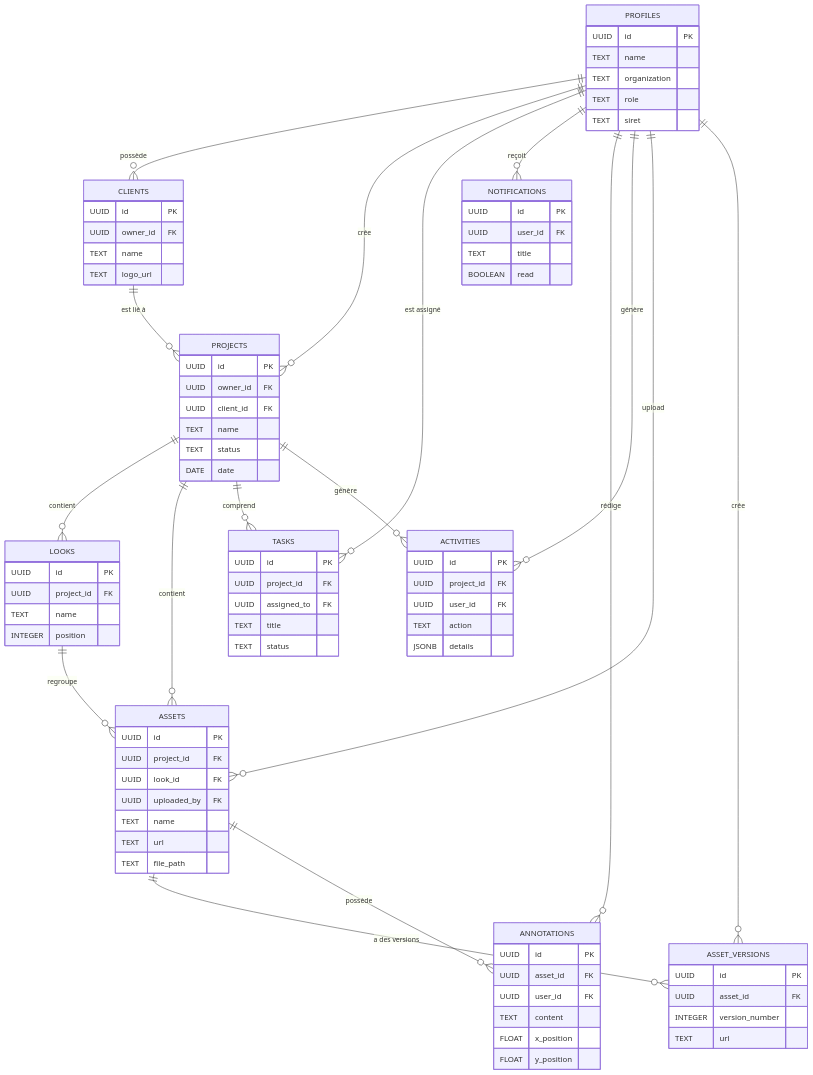
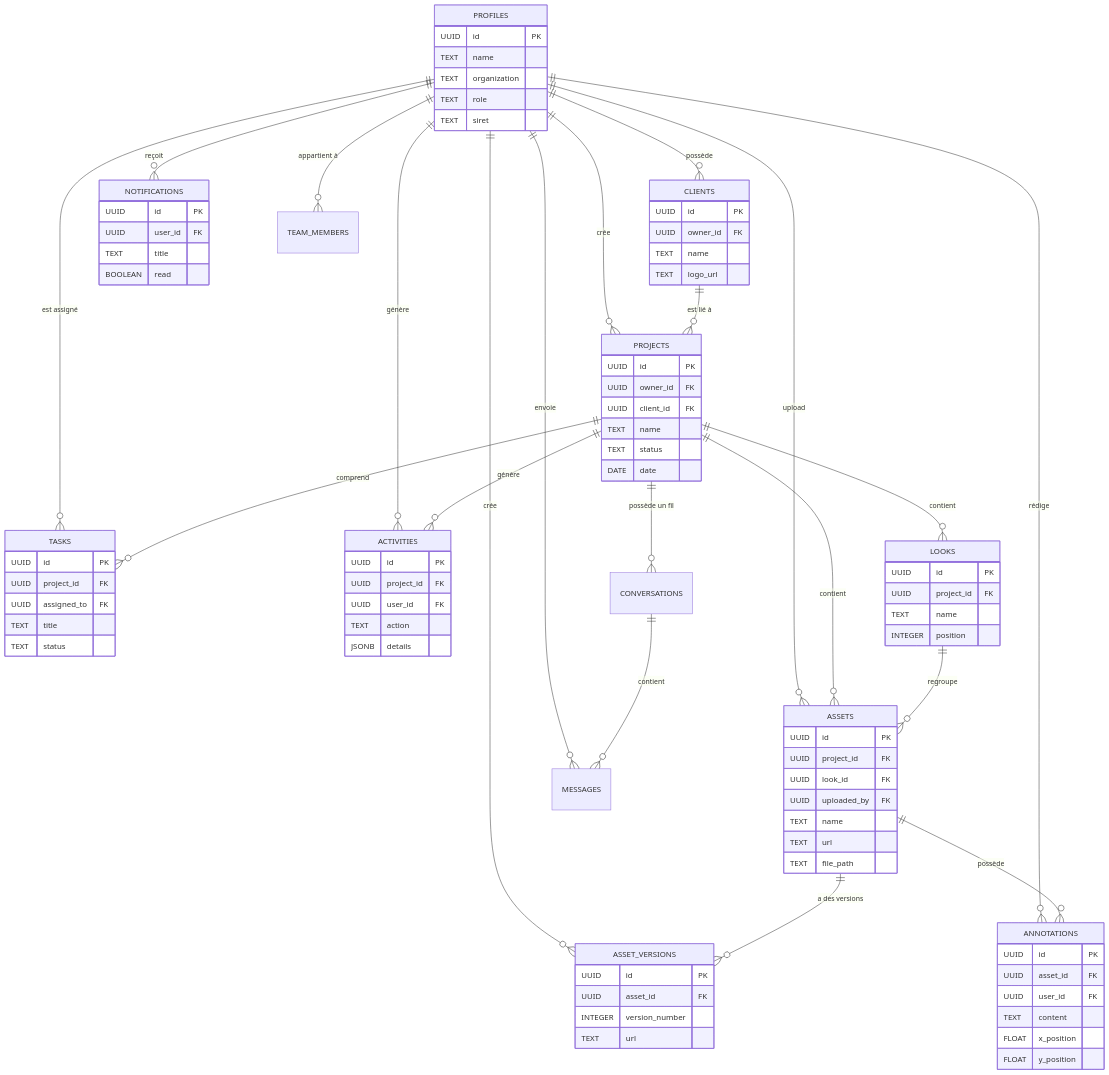
Before and after one commit to flavienderoy/myvisuals-back: the second of 8 diagrams in docs/RNCP_Bloc2/dossier_technique.md, drawn with Mermaid. The commit also changed other lines of this file and 8 other files, not shown here.

```diff
--- a/docs/RNCP_Bloc2/dossier_technique.md
+++ b/docs/RNCP_Bloc2/dossier_technique.md
@@ -356,6 +393,8 @@
     PROFILES ||--o{ ACTIVITIES : "génère"
     PROFILES ||--o{ ASSETS : "upload"
     PROFILES ||--o{ ASSET_VERSIONS : "crée"
+    PROFILES ||--o{ TEAM_MEMBERS : "appartient à"
+    PROFILES ||--o{ MESSAGES : "envoie"
 
     CLIENTS ||--o{ PROJECTS : "est lié à"
 
@@ -363,6 +402,9 @@
     PROJECTS ||--o{ ASSETS : "contient"
     PROJECTS ||--o{ TASKS : "comprend"
     PROJECTS ||--o{ ACTIVITIES : "génère"
+    PROJECTS ||--o{ CONVERSATIONS : "possède un fil"
+
+    CONVERSATIONS ||--o{ MESSAGES : "contient"
 
     LOOKS ||--o{ ASSETS : "regroupe"
 
```
